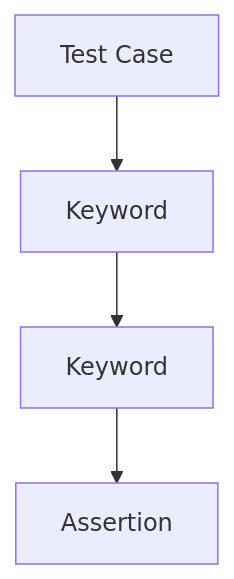
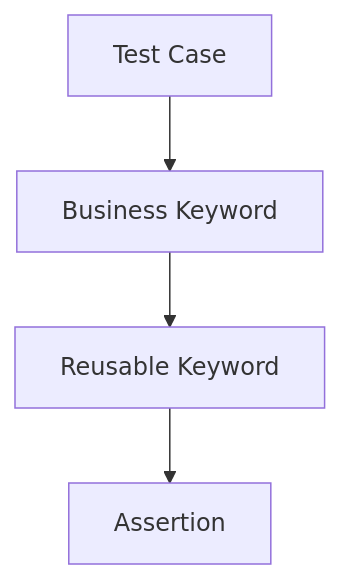
Before and after one commit to arvind3/RobotFrameworkBookWithIDE: the diagram in docs/03-robot-framework-basics.mdx, drawn with Mermaid. The commit also changed other lines of this file and 18 other files, not shown here.

````diff
--- a/docs/03-robot-framework-basics.mdx
+++ b/docs/03-robot-framework-basics.mdx
@@ -13,6 +27,6 @@
 ```mermaid
 graph TD
-  A[Test Case] --> B[Keyword]
-  B --> C[Keyword]
+  A[Test Case] --> B[Business Keyword]
+  B --> C[Reusable Keyword]
   C --> D[Assertion]
 ```
````
